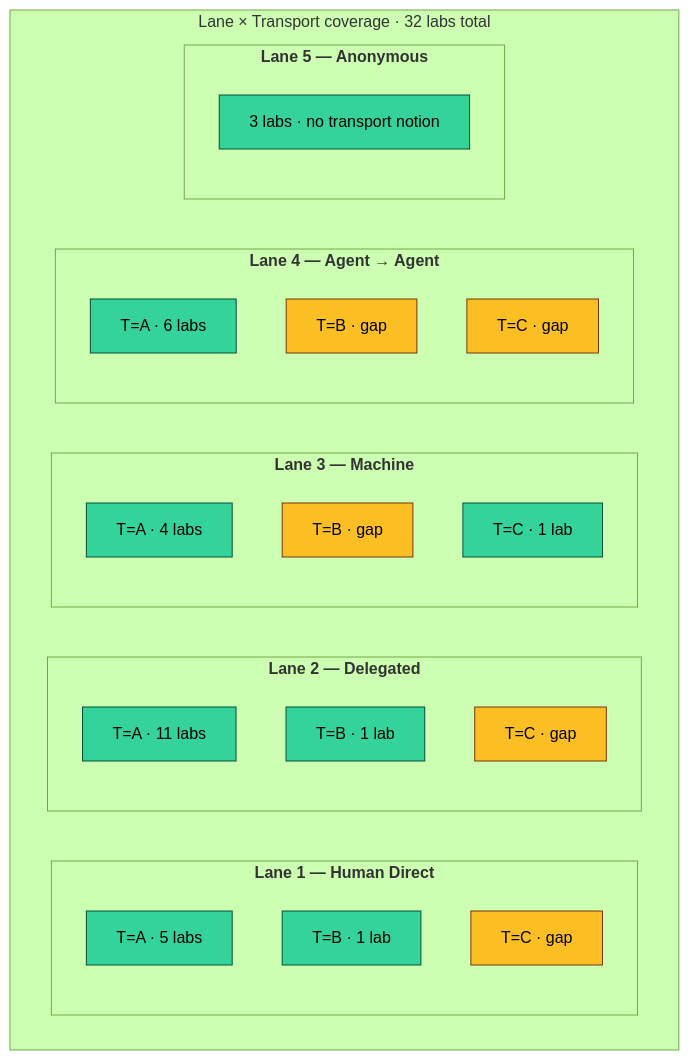
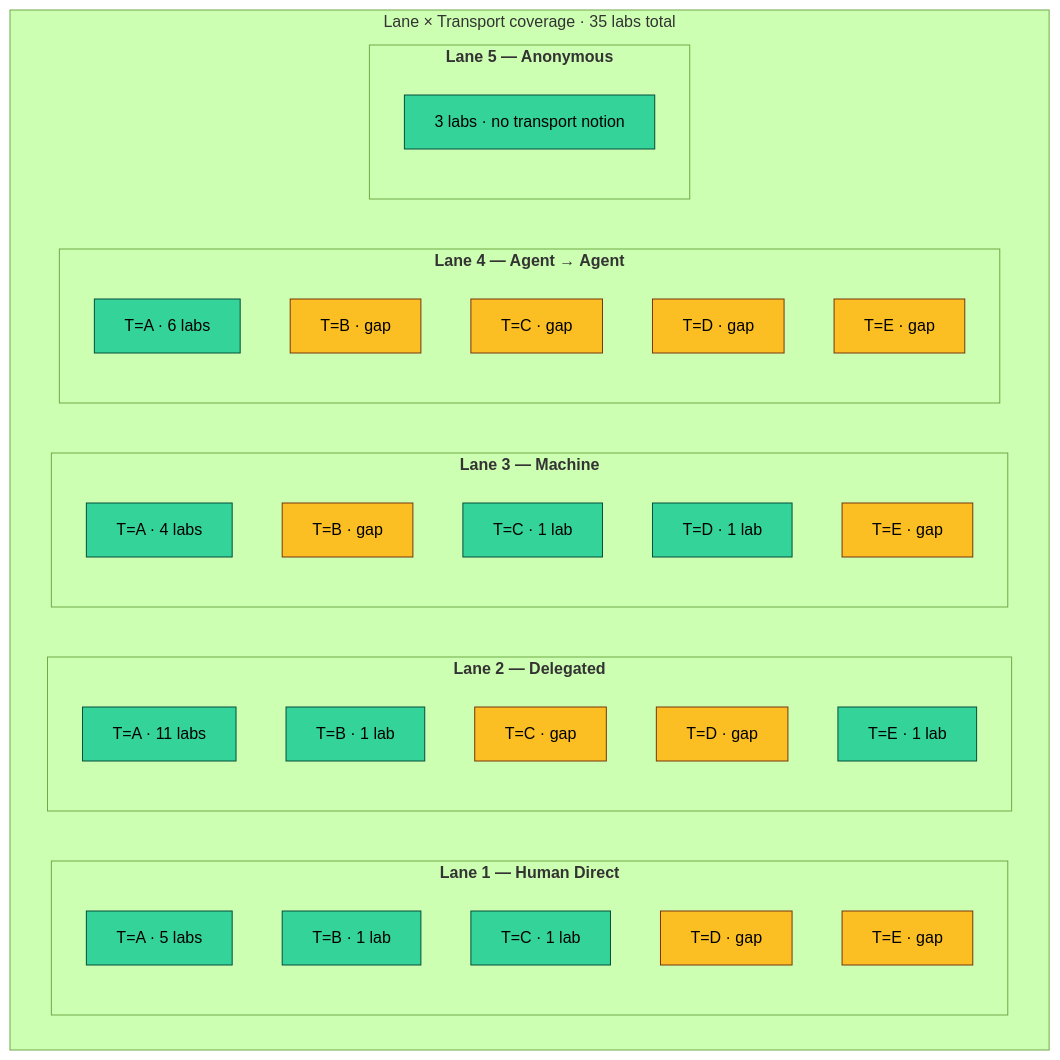
The fourth of 4 diagrams in README.md (babywyrm/agentic-sec), drawn with Mermaid (forest theme) before and after one commit. The commit also changed other lines of this file, not shown here.

First line of the commit message:
docs: refresh README hero, lane grid, and K8s policed-path quickstart

````diff
--- a/README.md
+++ b/README.md
@@ -357,31 +373,39 @@
 ```mermaid
 flowchart TB
-  subgraph grid["Lane × Transport coverage · 32 labs total"]
+  subgraph grid["Lane × Transport coverage · 35 labs total"]
     direction LR
     subgraph lane1["<b>Lane 1 — Human Direct</b>"]
       L1A["T=A · 5 labs"]:::filled
       L1B["T=B · 1 lab"]:::filled
-      L1C["T=C · gap"]:::gap
+      L1C["T=C · 1 lab"]:::filled
+      L1D["T=D · gap"]:::gap
+      L1E["T=E · gap"]:::gap
     end
     subgraph lane2["<b>Lane 2 — Delegated</b>"]
       L2A["T=A · 11 labs"]:::filled
       L2B["T=B · 1 lab"]:::filled
       L2C["T=C · gap"]:::gap
+      L2D["T=D · gap"]:::gap
+      L2E["T=E · 1 lab"]:::filled
     end
     subgraph lane3["<b>Lane 3 — Machine</b>"]
       L3A["T=A · 4 labs"]:::filled
       L3B["T=B · gap"]:::gap
       L3C["T=C · 1 lab"]:::filled
+      L3D["T=D · 1 lab"]:::filled
+      L3E["T=E · gap"]:::gap
     end
     subgraph lane4["<b>Lane 4 — Agent → Agent</b>"]
       L4A["T=A · 6 labs"]:::filled
       L4B["T=B · gap"]:::gap
       L4C["T=C · gap"]:::gap
+      L4D["T=D · gap"]:::gap
+      L4E["T=E · gap"]:::gap
     end
     subgraph lane5["<b>Lane 5 — Anonymous</b>"]
       L5["3 labs · no transport notion"]:::filled
     end
   end
   classDef filled fill:#34d399,stroke:#064e3b,color:#000;
   classDef gap    fill:#fbbf24,stroke:#78350f,color:#000;
 ```
````
